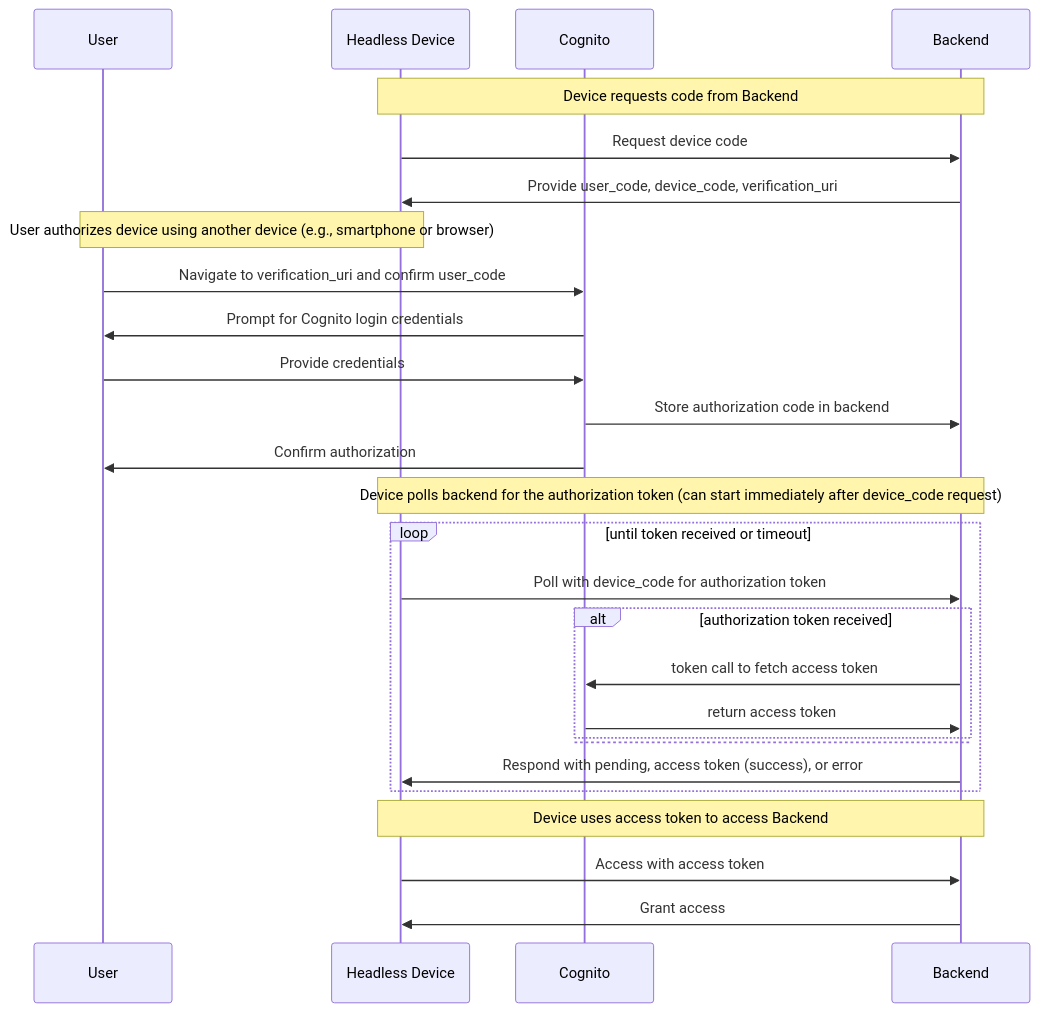
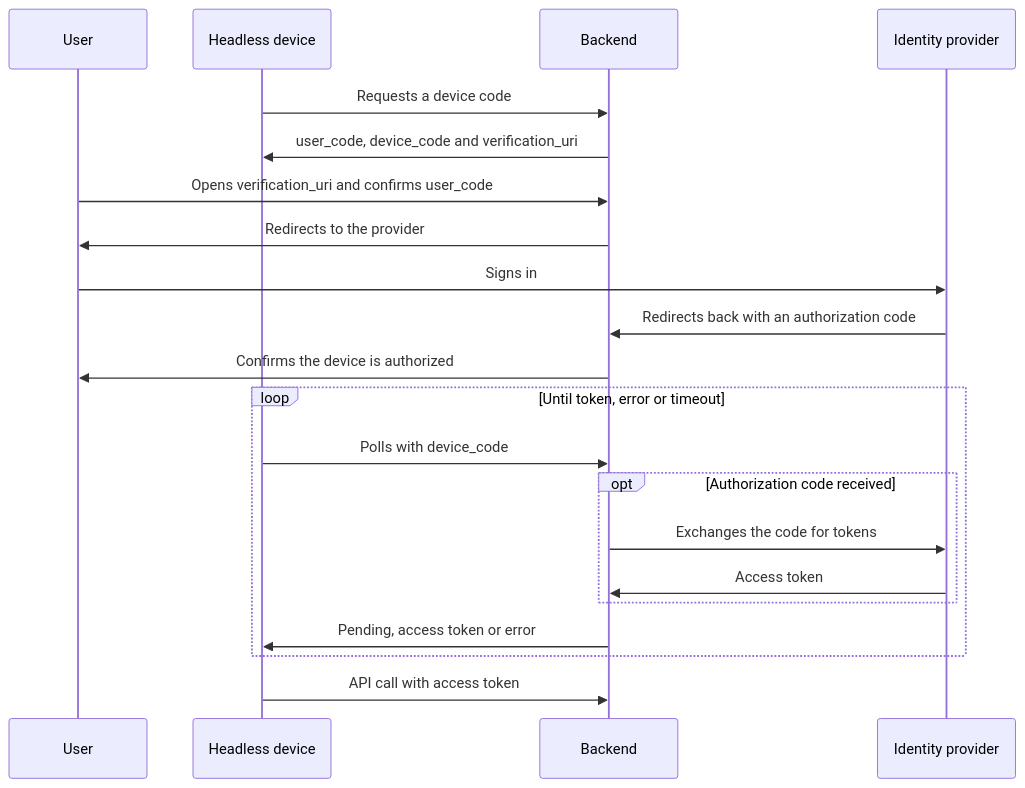
The second of 2 diagrams in docs/docs/developer-guide/authentication.md (conveyordata/data-product-portal), drawn with Mermaid before and after one commit. The commit also changed other lines of this file, not shown here.

First line of the commit message:
Make the authentication docs provider-neutral

````diff
--- a/docs/docs/developer-guide/authentication.md
+++ b/docs/docs/developer-guide/authentication.md
@@ -45,37 +48,27 @@
 ``` mermaid
 sequenceDiagram
     participant User
-    participant Headless Device
-    participant Cognito
+    participant Device as Headless device
     participant Backend
+    participant Provider as Identity provider
 
-    Note over Headless Device, Backend: Device requests code from Backend
+    Device->>Backend: Requests a device code
+    Backend->>Device: user_code, device_code and verification_uri
 
-    Headless Device->>Backend: Request device code
-    Backend->>Headless Device: Provide user_code, device_code, verification_uri
+    User->>Backend: Opens verification_uri and confirms user_code
+    Backend->>User: Redirects to the provider
+    User->>Provider: Signs in
+    Provider->>Backend: Redirects back with an authorization code
+    Backend->>User: Confirms the device is authorized
 
-    Note over User, Headless Device: User authorizes device using another device (e.g., smartphone or browser)
-
-    User->>Cognito: Navigate to verification_uri and confirm user_code
-    Cognito->>User: Prompt for Cognito login credentials
-    User->>Cognito: Provide credentials
-    Cognito->>Backend: Store authorization code in backend
-    Cognito->>User: Confirm authorization
-
-    Note over Headless Device, Backend: Device polls backend for the authorization token (can start immediately after device_code request)
-
-    loop until token received or timeout
-        Headless Device->>Backend: Poll with device_code for authorization token
-    alt authorization token received
-Backend->>Cognito: token call to fetch access token
-Cognito->>Backend: return access token
-    else
-    end
-        Backend->>Headless Device: Respond with pending, access token (success), or error
+    loop Until token, error or timeout
+        Device->>Backend: Polls with device_code
+        opt Authorization code received
+            Backend->>Provider: Exchanges the code for tokens
+            Provider->>Backend: Access token
+        end
+        Backend->>Device: Pending, access token or error
     end
 
-    Note over Headless Device, Backend: Device uses access token to access Backend
-
-    Headless Device->>Backend: Access with access token
-    Backend->>Headless Device: Grant access
+    Device->>Backend: API call with access token
 ```
````
